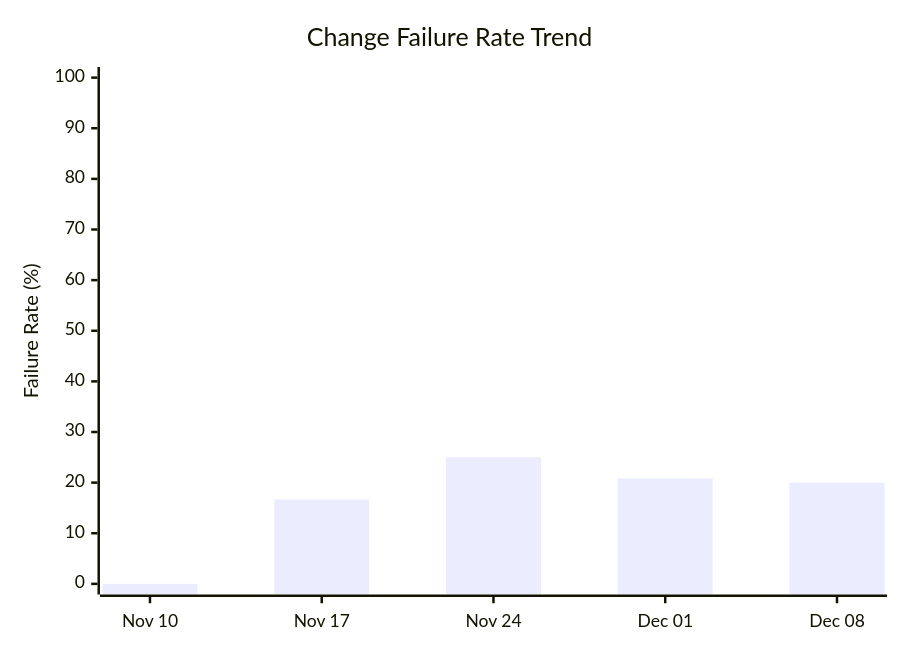
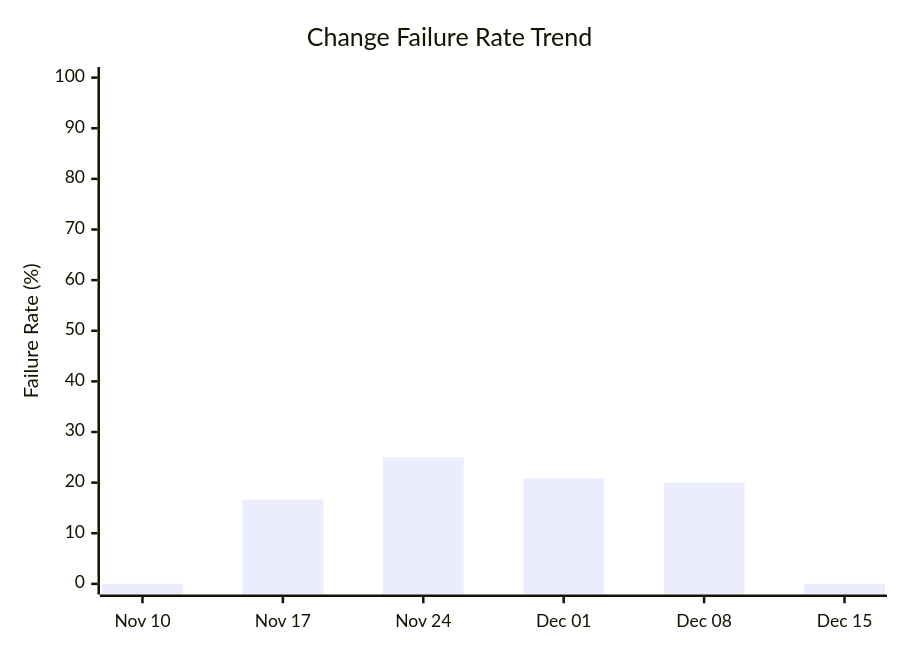
One commit to ukma-cs-ssdm-2025/rate-ukma changed the fourth of 4 diagrams in docs/ci-cd/dora-summary.md. Above: the diagram before and after it, drawn with Mermaid. The commit also changed other lines of this file, not shown here.

````diff
--- a/docs/ci-cd/dora-summary.md
+++ b/docs/ci-cd/dora-summary.md
@@ -64,7 +64,7 @@
 ```mermaid
 xychart-beta
     title "Change Failure Rate Trend"
-    x-axis ["Nov 10", "Nov 17", "Nov 24", "Dec 01", "Dec 08"]
+    x-axis ["Nov 10", "Nov 17", "Nov 24", "Dec 01", "Dec 08", "Dec 15"]
     y-axis "Failure Rate (%)" 0 --> 100
-    bar [0.00, 16.67, 25.00, 20.83, 20.00]
+    bar [0.00, 16.67, 25.00, 20.83, 20.00, 0.00]
 ```
````
